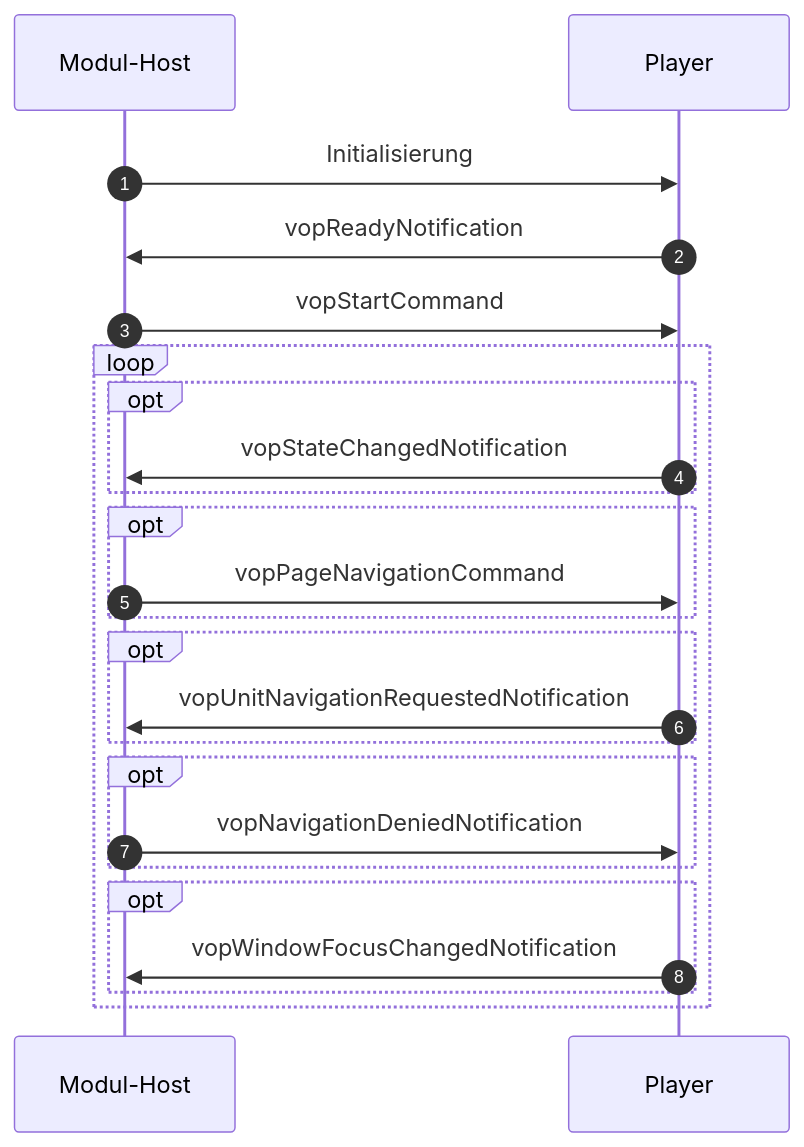
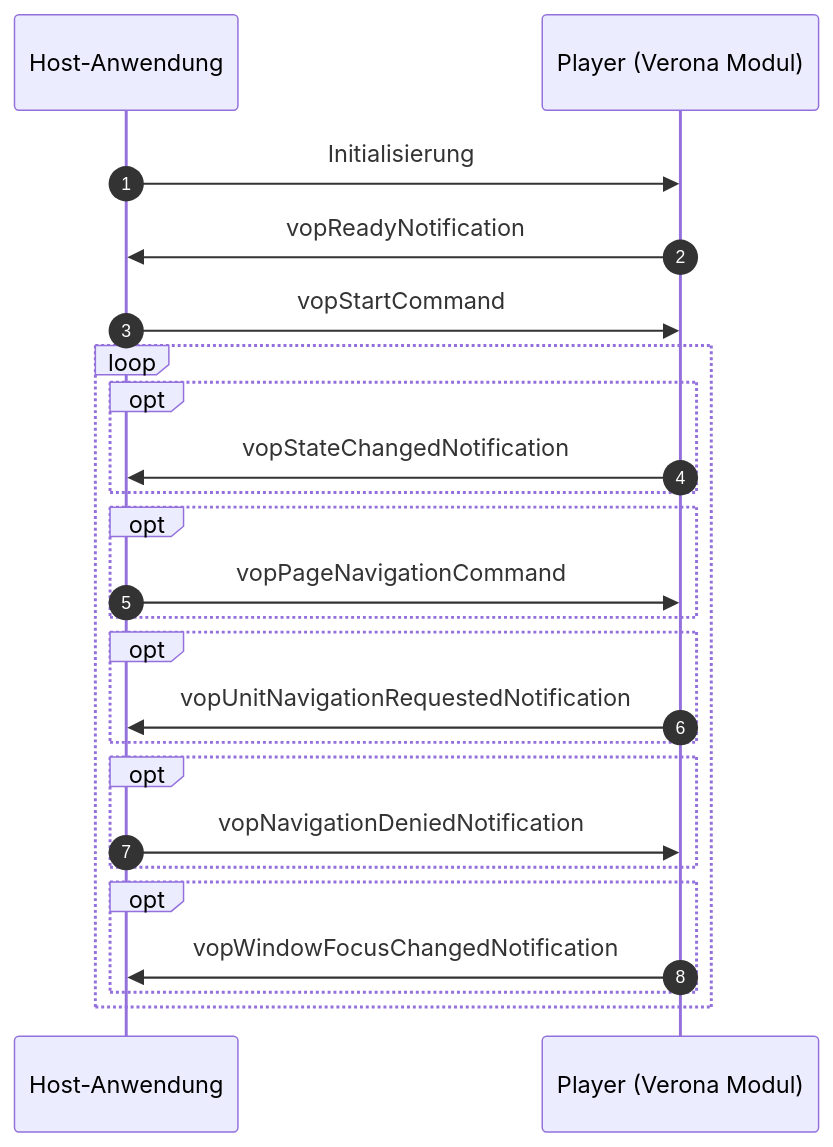
Before and after one commit to verona-interfaces/verona-interfaces.github.io: the diagram in player-docs/index.qmd, drawn with Mermaid. The commit also changed other lines of this file and 6 other files, not shown here.

````diff
--- a/player-docs/index.qmd
+++ b/player-docs/index.qmd
@@ -14,26 +14,26 @@
 ```{mermaid}
 sequenceDiagram
     autonumber
-    participant MH as Modul-Host
-    participant VM as Player
-    MH->>VM:Initialisierung
-    VM->>MH:vopReadyNotification
-    MH->>VM:vopStartCommand
+    participant HA as Host-Anwendung
+    participant VM as Player (Verona Modul)
+    HA->>VM:Initialisierung
+    VM->>HA:vopReadyNotification
+    HA->>VM:vopStartCommand
     loop
         opt
-            VM->>MH:vopStateChangedNotification
+            VM->>HA:vopStateChangedNotification
         end
         opt
-            MH->>VM:vopPageNavigationCommand
+            HA->>VM:vopPageNavigationCommand
         end
         opt
-            VM->>MH:vopUnitNavigationRequestedNotification
+            VM->>HA:vopUnitNavigationRequestedNotification
         end
         opt
-            MH->>VM:vopNavigationDeniedNotification
+            HA->>VM:vopNavigationDeniedNotification
         end
         opt
-            VM->>MH:vopWindowFocusChangedNotification
+            VM->>HA:vopWindowFocusChangedNotification
         end
     end
 ```
````
